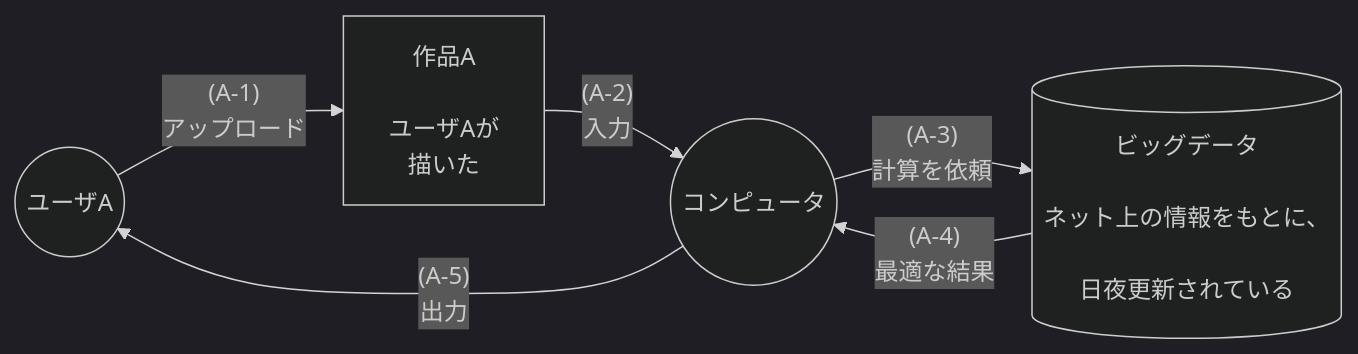
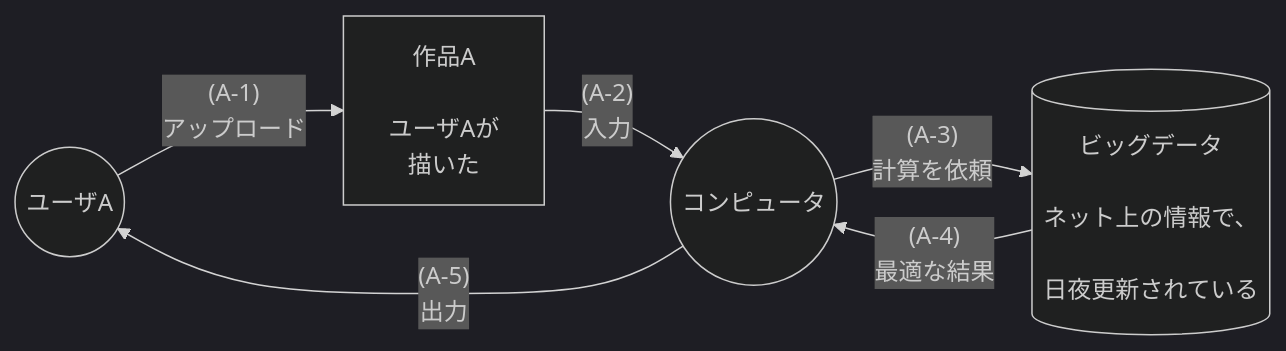
One commit to 96ENU-kuroinu/Vtuber2-md changed the fourth of 5 diagrams in document/ai.md. Above: the diagram before and after it, drawn with Mermaid (dark theme). The commit also changed other lines of this file, not shown here.

````diff
--- a/document/ai.md
+++ b/document/ai.md
@@ -132,18 +136,18 @@
-        ```mermaid
-        graph LR
-        ユーザA((ユーザA))
-        作品1["作品A<br>
-                ユーザAが<br>描いた"]
-        コンピュータ((コンピュータ))
-        ビッグデータ[("ビッグデータ<br>
-                    ネット上の情報をもとに、<br>
-                    日夜更新されている")]
+    ```mermaid
+    graph LR
+    ユーザA((ユーザA))
+    作品1["作品A<br>
+            ユーザAが<br>描いた"]
+    コンピュータ((コンピュータ))
+    ビッグデータ[("ビッグデータ<br>
+                ネット上の情報で、<br>
+                日夜更新されている")]
 
-        ユーザA--"(A-1)<br>アップロード"-->作品1--"(A-2)<br>入力"-->コンピュータ
+    ユーザA--"(A-1)<br>アップロード"-->作品1--"(A-2)<br>入力"-->コンピュータ
 
-        コンピュータ--"(A-3)<br>計算を依頼"-->ビッグデータ
+    コンピュータ--"(A-3)<br>計算を依頼"-->ビッグデータ
 
-        ビッグデータ--"(A-4)<br>最適な結果"-->コンピュータ
+    ビッグデータ--"(A-4)<br>最適な結果"-->コンピュータ
 
-        コンピュータ--"(A-5)<br>出力"-->ユーザA
-        ```
+    コンピュータ--"(A-5)<br>出力"-->ユーザA
+    ```
````
